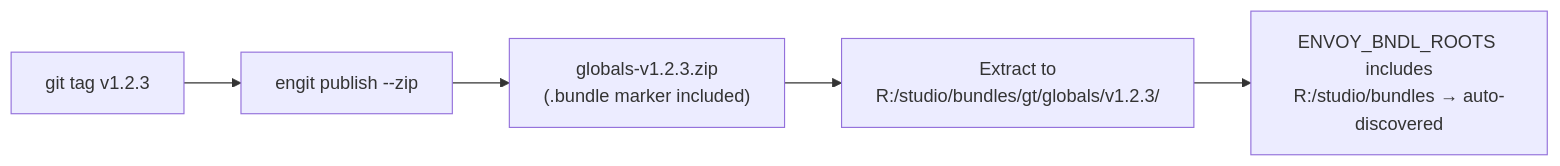
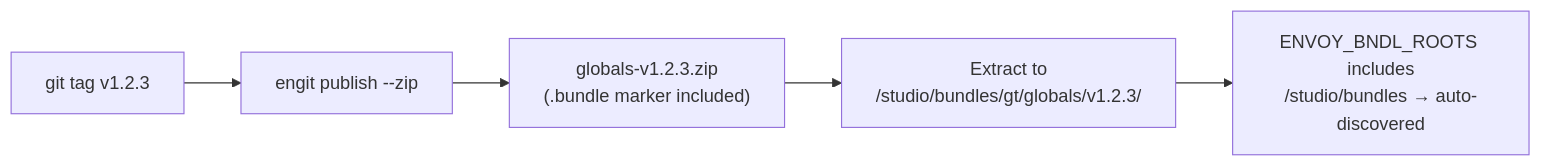
One commit to gtvfx-contrib/gt-envoy changed the third of 3 diagrams in docs/bundle-discovery.md. Above: the diagram before and after it, drawn with Mermaid. The commit also changed other lines of this file and 38 other files, not shown here.

````diff
--- a/docs/bundle-discovery.md
+++ b/docs/bundle-discovery.md
@@ -192,7 +192,7 @@
 ```mermaid
 flowchart LR
     A[git tag v1.2.3] --> B[engit publish --zip]
     B --> C["globals-v1.2.3.zip\n(.bundle marker included)"]
-    C --> D["Extract to\nR:/studio/bundles/gt/globals/v1.2.3/"]
-    D --> E["ENVOY_BNDL_ROOTS includes\nR:/studio/bundles → auto-discovered"]
+    C --> D["Extract to\n/studio/bundles/gt/globals/v1.2.3/"]
+    D --> E["ENVOY_BNDL_ROOTS includes\n/studio/bundles → auto-discovered"]
 ```
````
